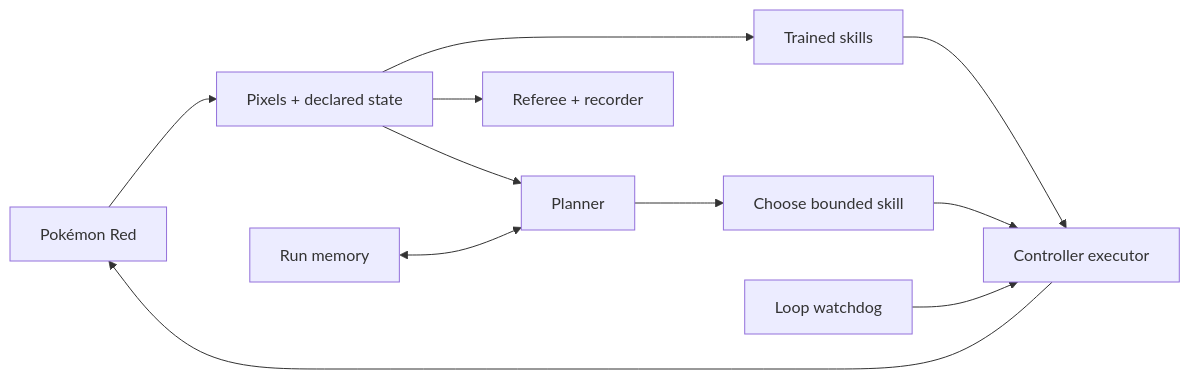
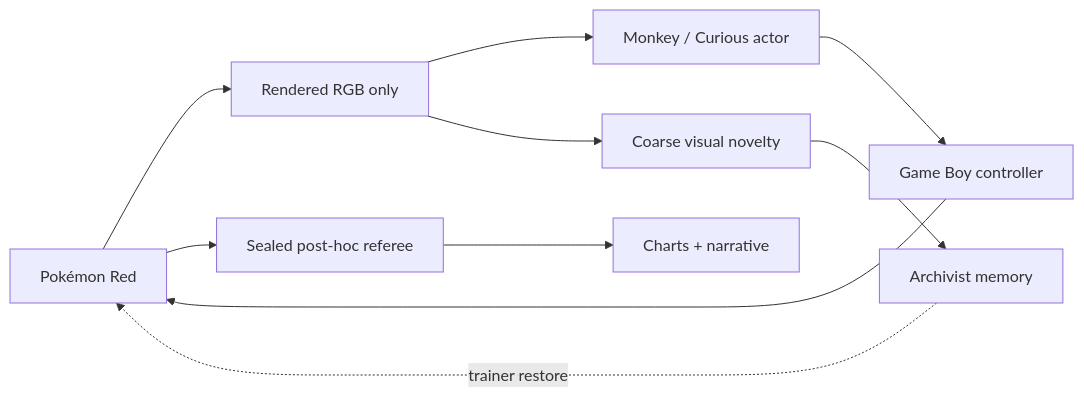
The second of 2 diagrams in README.md (PeteAndrews1289/pokemon-red-ai), drawn with Mermaid before and after one commit. The commit also changed other lines of this file and 17 other files, not shown here.

Commit message:
Add pixels-only blind curiosity experiments

````diff
--- a/README.md
+++ b/README.md
@@ -80,13 +86,12 @@
 ```mermaid
 flowchart LR
-    Game["Pokémon Red"] --> Obs["Pixels + declared state"]
-    Obs --> Planner["Planner"]
-    Obs --> Skills["Trained skills"]
-    Planner --> Choose["Choose bounded skill"]
-    Skills --> Act["Controller executor"]
-    Choose --> Act
-    Memory["Run memory"] <--> Planner
-    Watchdog["Loop watchdog"] --> Act
+    Game["Pokémon Red"] --> Pixels["Rendered RGB only"]
+    Pixels --> Actor["Monkey / Curious actor"]
+    Actor --> Act["Game Boy controller"]
     Act --> Game
-    Obs --> Referee["Referee + recorder"]
+    Pixels --> Novelty["Coarse visual novelty"]
+    Novelty --> Archive["Archivist memory"]
+    Archive -. "trainer restore" .-> Game
+    Game --> Referee["Sealed post-hoc referee"]
+    Referee --> Story["Charts + narrative"]
 ```
````
